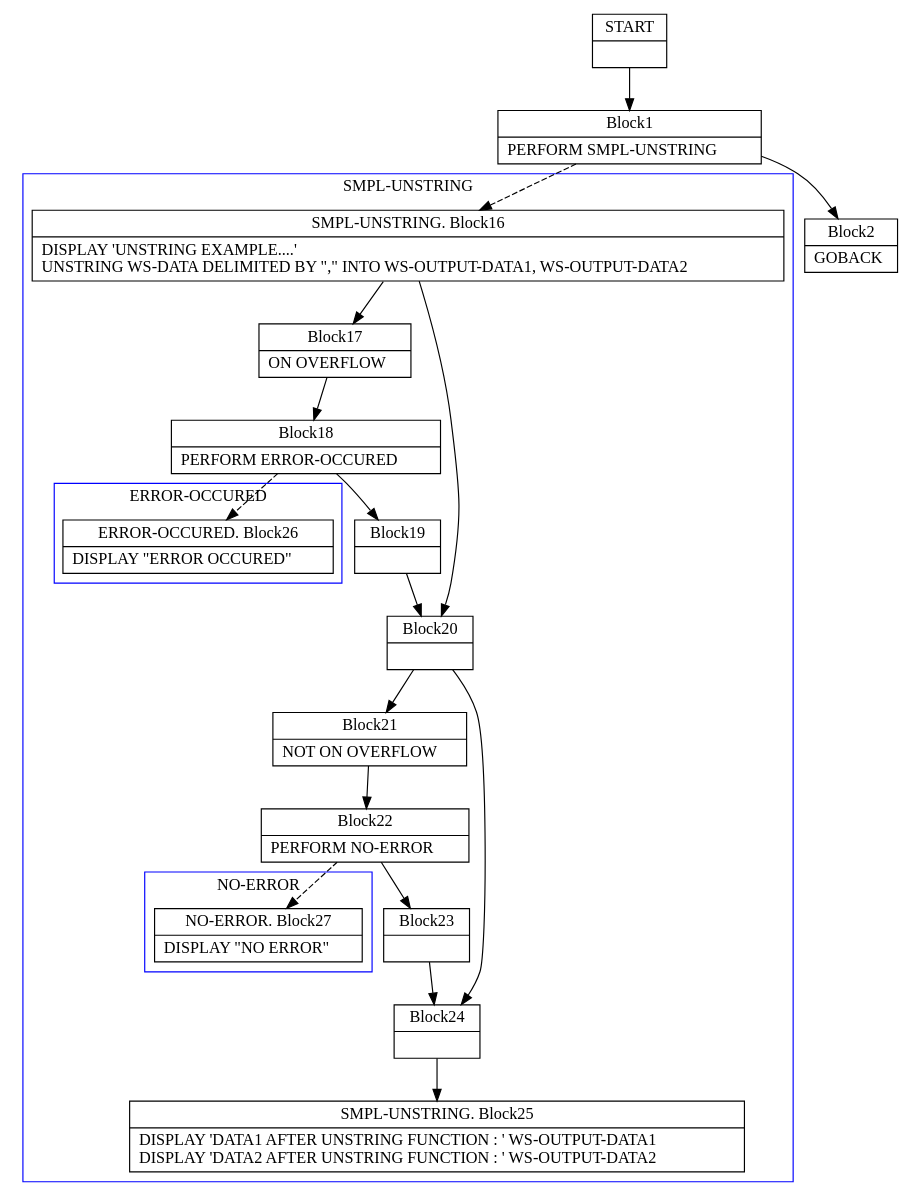
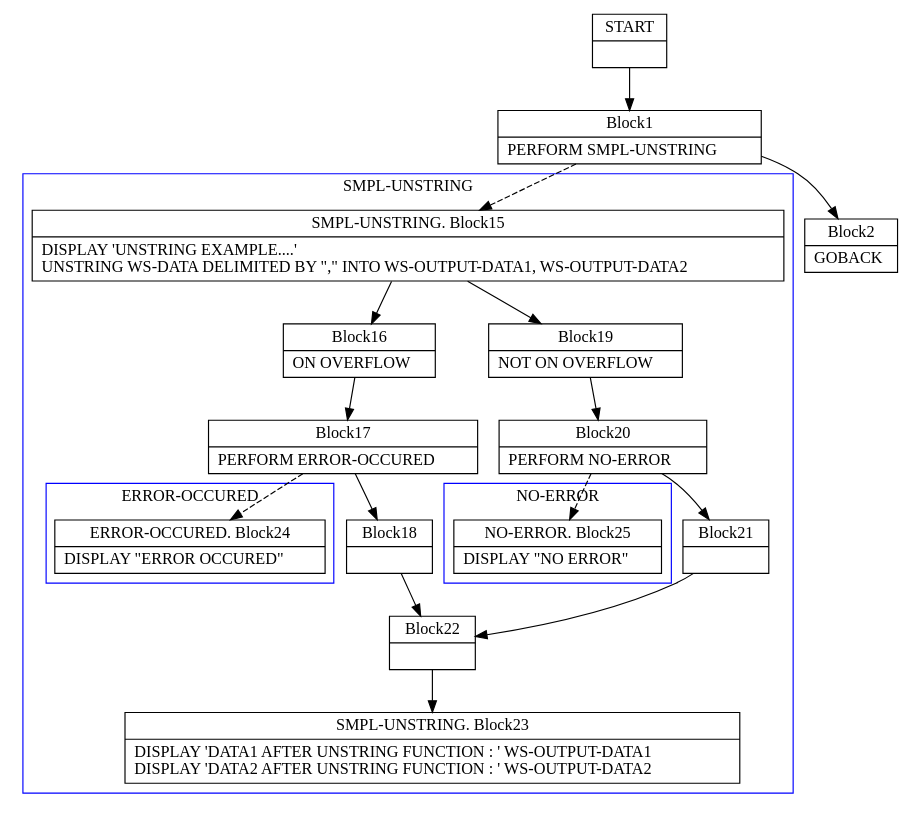
The diagram in TypeCobol.Analysis.Test/BasicCfgInstrs/Unstring0.dot (TypeCobolTeam/TypeCobol), drawn with Graphviz before and after one commit. The commit also changed 5 other files, not shown here.

```diff
--- a/TypeCobol.Analysis.Test/BasicCfgInstrs/Unstring0.dot
+++ b/TypeCobol.Analysis.Test/BasicCfgInstrs/Unstring0.dot
@@ -1,90 +1,85 @@
 digraph Cfg {
 compound=true;
 node [
 shape = "record"
 ]
 
 edge [
 arrowtail = "empty"
 ]
 Block0 [
 label = "{START|}"
 ]
 Block1 [
 label = "{Block1|    PERFORM SMPL-UNSTRING\l}"
 ]
 subgraph cluster_1{
 color = blue;
 label = "SMPL-UNSTRING";
+Block15 [
+label = "{SMPL-UNSTRING. Block15|    DISPLAY 'UNSTRING EXAMPLE....'\l    UNSTRING WS-DATA DELIMITED BY \",\"        INTO  WS-OUTPUT-DATA1, WS-OUTPUT-DATA2\l}"
+]
 Block16 [
-label = "{SMPL-UNSTRING. Block16|    DISPLAY 'UNSTRING EXAMPLE....'\l    UNSTRING WS-DATA DELIMITED BY \",\"        INTO  WS-OUTPUT-DATA1, WS-OUTPUT-DATA2\l}"
+label = "{Block16|      ON OVERFLOW\l}"
 ]
 Block17 [
-label = "{Block17|      ON OVERFLOW\l}"
-]
-Block18 [
-label = "{Block18|         PERFORM ERROR-OCCURED\l}"
+label = "{Block17|         PERFORM ERROR-OCCURED\l}"
 ]
 subgraph cluster_2{
 color = blue;
 label = "ERROR-OCCURED";
-Block26 [
-label = "{ERROR-OCCURED. Block26|    DISPLAY \"ERROR OCCURED\"\l}"
+Block24 [
+label = "{ERROR-OCCURED. Block24|    DISPLAY \"ERROR OCCURED\"\l}"
 ]
 
 }
-Block18 -> Block26 [style=dashed]
+Block17 -> Block24 [style=dashed]
 
+Block18 [
+label = "{Block18|}"
+]
+Block22 [
+label = "{Block22|}"
+]
+Block23 [
+label = "{SMPL-UNSTRING. Block23|    DISPLAY 'DATA1 AFTER UNSTRING FUNCTION : ' WS-OUTPUT-DATA1\l    DISPLAY 'DATA2 AFTER UNSTRING FUNCTION : ' WS-OUTPUT-DATA2\l}"
+]
 Block19 [
-label = "{Block19|}"
+label = "{Block19|      NOT ON OVERFLOW\l}"
 ]
 Block20 [
-label = "{Block20|}"
-]
-Block21 [
-label = "{Block21|      NOT ON OVERFLOW\l}"
-]
-Block22 [
-label = "{Block22|         PERFORM NO-ERROR\l}"
+label = "{Block20|         PERFORM NO-ERROR\l}"
 ]
 subgraph cluster_3{
 color = blue;
 label = "NO-ERROR";
-Block27 [
-label = "{NO-ERROR. Block27|    DISPLAY \"NO ERROR\"\l}"
+Block25 [
+label = "{NO-ERROR. Block25|    DISPLAY \"NO ERROR\"\l}"
 ]
 
 }
-Block22 -> Block27 [style=dashed]
+Block20 -> Block25 [style=dashed]
 
-Block23 [
-label = "{Block23|}"
+Block21 [
+label = "{Block21|}"
 ]
-Block24 [
-label = "{Block24|}"
-]
-Block25 [
-label = "{SMPL-UNSTRING. Block25|    DISPLAY 'DATA1 AFTER UNSTRING FUNCTION : ' WS-OUTPUT-DATA1\l    DISPLAY 'DATA2 AFTER UNSTRING FUNCTION : ' WS-OUTPUT-DATA2\l}"
-]
+Block15 -> Block16
+Block15 -> Block19
 Block16 -> Block17
-Block16 -> Block20
 Block17 -> Block18
-Block18 -> Block19
+Block18 -> Block22
+Block22 -> Block23
 Block19 -> Block20
 Block20 -> Block21
-Block20 -> Block24
 Block21 -> Block22
-Block22 -> Block23
-Block23 -> Block24
-Block24 -> Block25
 
 }
-Block1 -> Block16 [style=dashed]
+Block1 -> Block15 [style=dashed]
 
 Block2 [
 label = "{Block2|    GOBACK\l}"
 ]
 Block0 -> Block1
 Block1 -> Block2
 
 }
```
